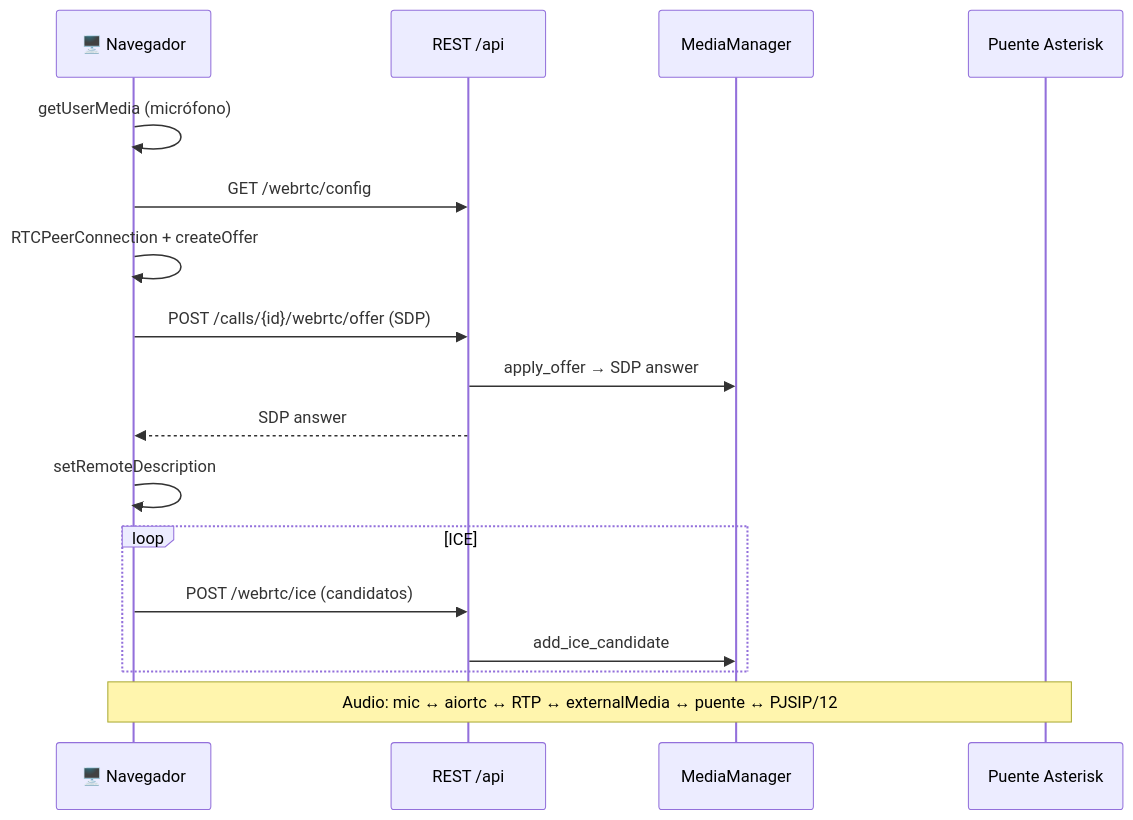
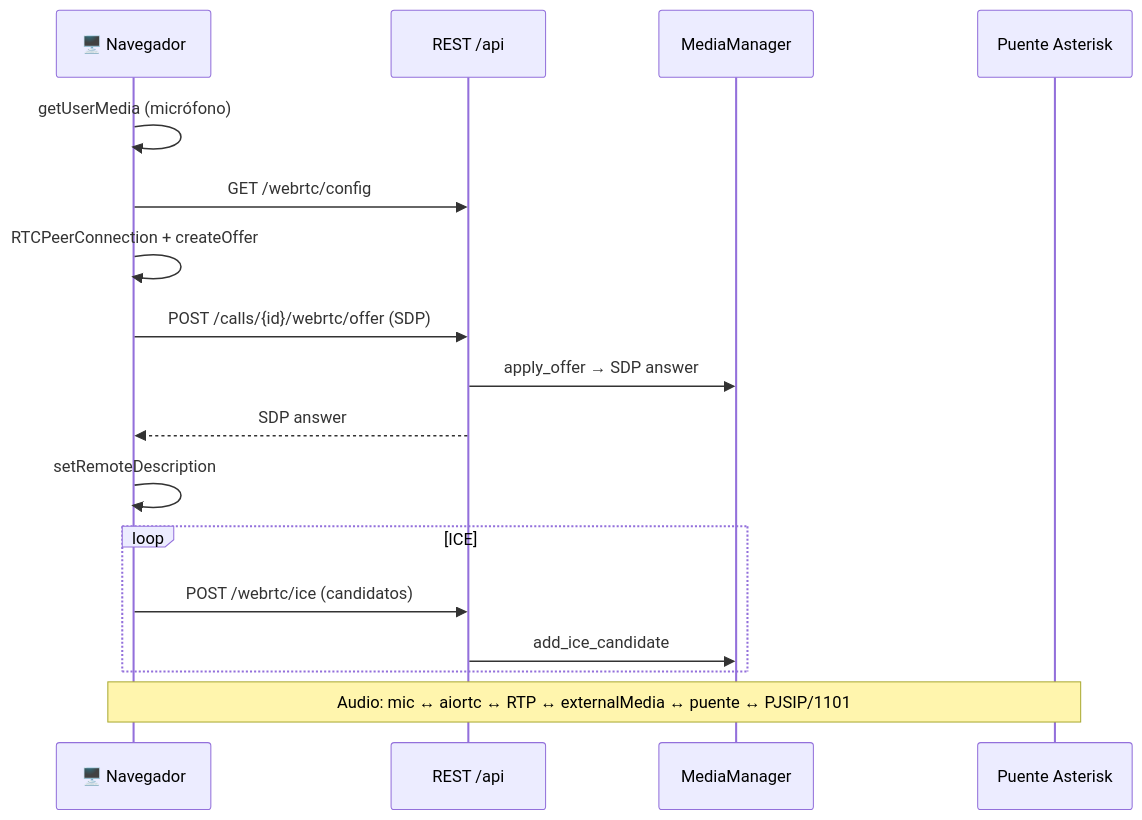
One commit to walterpisacco/llamadas-asterisk-ari changed the sixth of 8 diagrams in docs/FLUJO-LLAMADAS.md. Above: the diagram before and after it, drawn with Mermaid. The commit also changed other lines of this file, not shown here.

Commit message:
Update call flow documentation to reflect changes in example phone number from 12 to 1101 in various sections of FLUJO-LLAMADAS.md

````diff
--- a/docs/FLUJO-LLAMADAS.md
+++ b/docs/FLUJO-LLAMADAS.md
@@ -186,22 +186,22 @@
 ```mermaid
 sequenceDiagram
     participant FE as 🖥️ Navegador
     participant API as REST /api
     participant MM as MediaManager
     participant AST as Puente Asterisk
 
     FE->>FE: getUserMedia (micrófono)
     FE->>API: GET /webrtc/config
     FE->>FE: RTCPeerConnection + createOffer
     FE->>API: POST /calls/{id}/webrtc/offer (SDP)
     API->>MM: apply_offer → SDP answer
     API-->>FE: SDP answer
     FE->>FE: setRemoteDescription
 
     loop ICE
         FE->>API: POST /webrtc/ice (candidatos)
         API->>MM: add_ice_candidate
     end
 
-    Note over FE,AST: Audio: mic ↔ aiortc ↔ RTP ↔ externalMedia ↔ puente ↔ PJSIP/12
+    Note over FE,AST: Audio: mic ↔ aiortc ↔ RTP ↔ externalMedia ↔ puente ↔ PJSIP/1101
 ```
````
